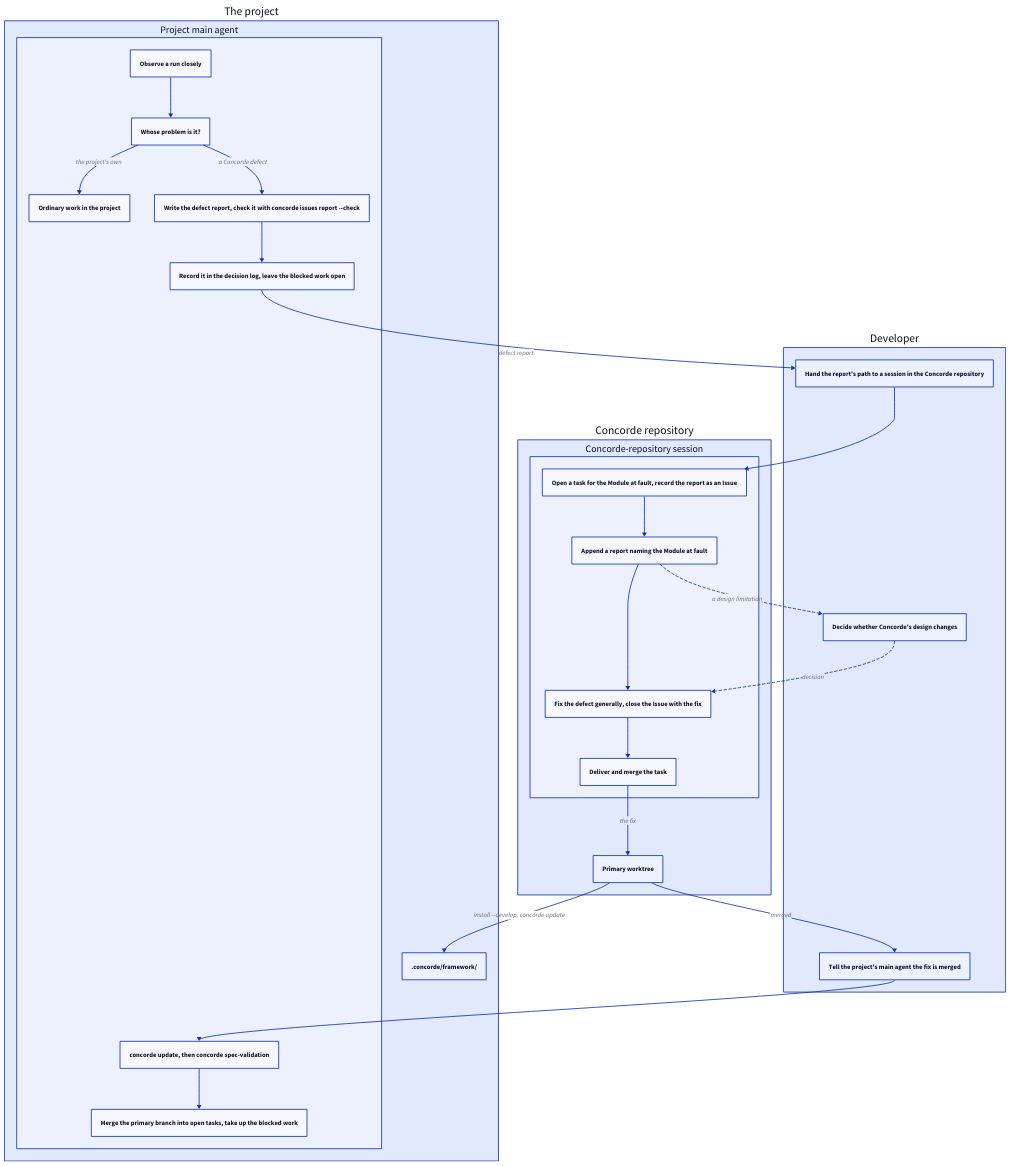
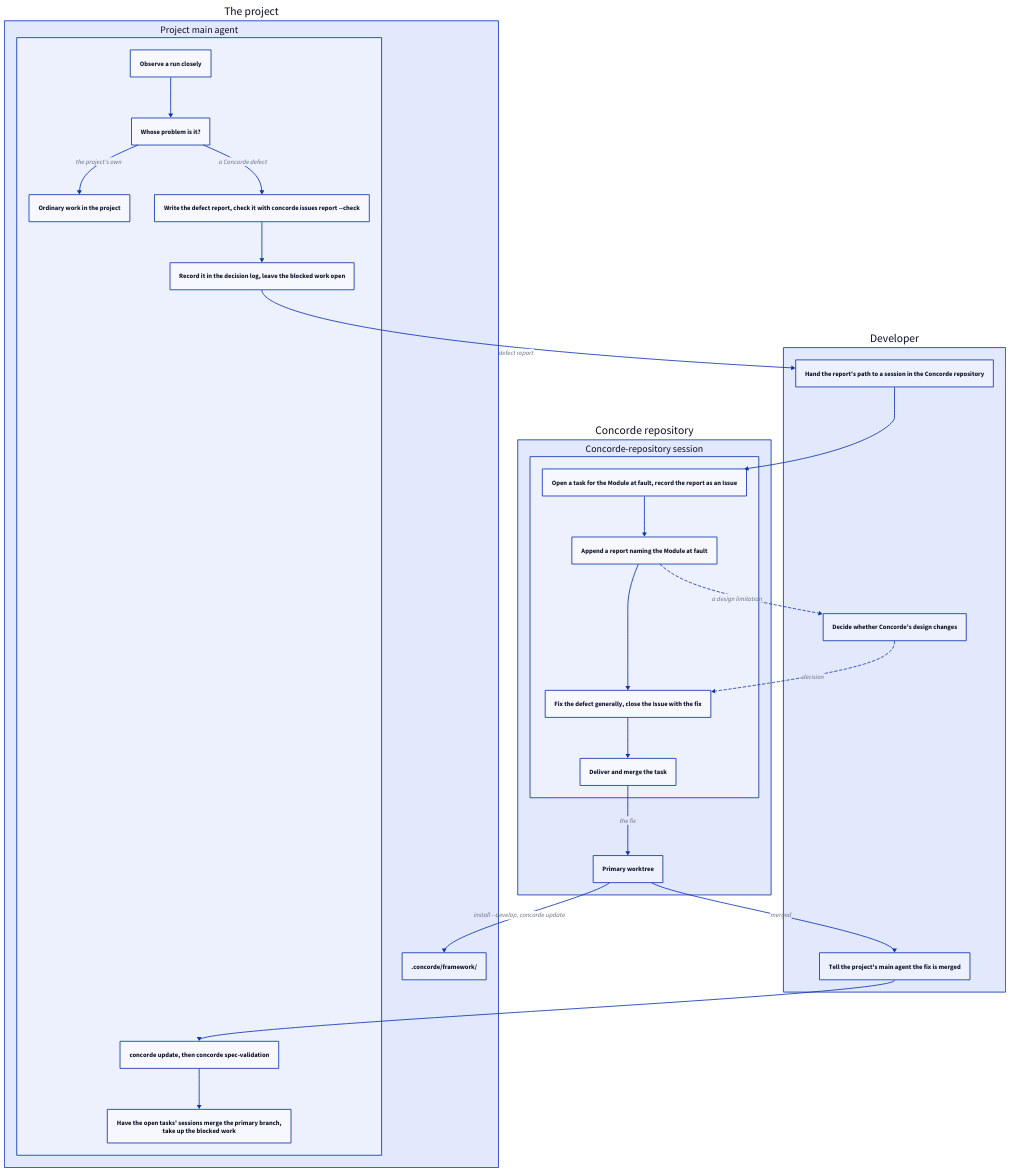
One commit to FTOD/concorde changed the diagram in specs/concorde/dogfooding/module.md. Above: the diagram before and after it, drawn with D2. The commit also changed other lines of this file and 9 other files, not shown here.

````diff
--- a/specs/concorde/dogfooding/module.md
+++ b/specs/concorde/dogfooding/module.md
@@ -86,43 +86,43 @@
 ```d2 illustrative
 direction: down
 project: The project {
   agent: Project main agent {
     observe: Observe a run closely
     classify: Whose problem is it?
     own: Ordinary work in the project
     write: Write the defect report, check it with concorde issues report --check
     log: Record it in the decision log, leave the blocked work open
     update: concorde update, then concorde spec-validation
-    resume: Merge the primary branch into open tasks, take up the blocked work
+    resume: "Have the open tasks' sessions merge the primary branch,\ntake up the blocked work"
     observe -> classify
     classify -> own: the project's own
     classify -> write: a Concorde defect
     write -> log
     update -> resume
   }
   framework: .concorde/framework/
 }
 developer: Developer {
   handoff: Hand the report's path to a session in the Concorde repository
   decide: Decide whether Concorde's design changes
   tell: Tell the project's main agent the fix is merged
 }
 concorde: Concorde repository {
   session: Concorde-repository session {
     record: Open a task for the Module at fault, record the report as an Issue
     assign: Append a report naming the Module at fault
     fix: Fix the defect generally, close the Issue with the fix
     merge: Deliver and merge the task
     record -> assign -> fix -> merge
   }
   primary: Primary worktree
 }
 project.agent.log -> developer.handoff: defect report
 developer.handoff -> concorde.session.record
 concorde.session.assign -> developer.decide: a design limitation {style.stroke-dash: 3}
 developer.decide -> concorde.session.fix: decision {style.stroke-dash: 3}
 concorde.session.merge -> concorde.primary: the fix
 concorde.primary -> project.framework: install --develop, concorde update
 concorde.primary -> developer.tell: merged
 developer.tell -> project.agent.update
 ```
````
